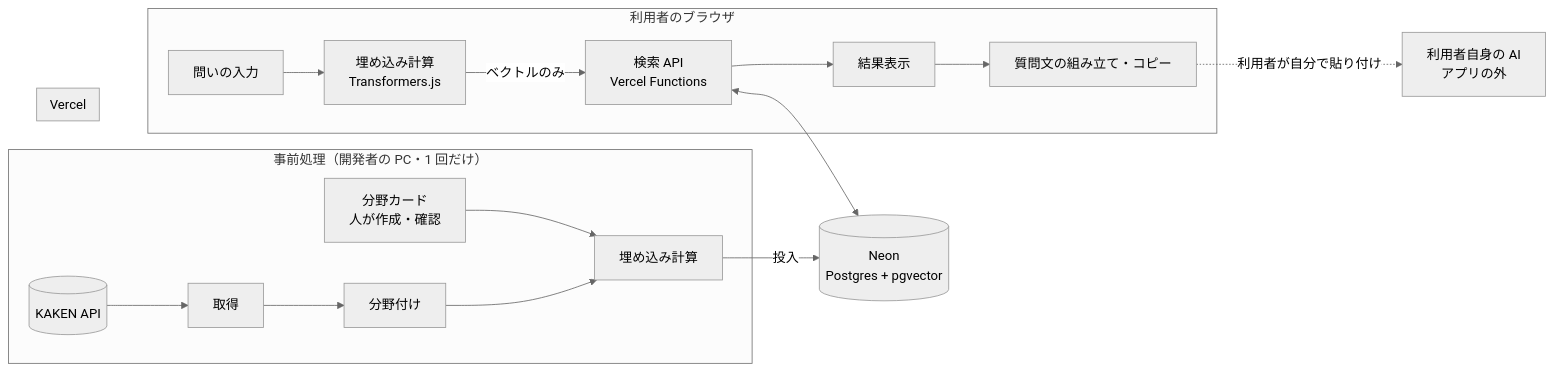
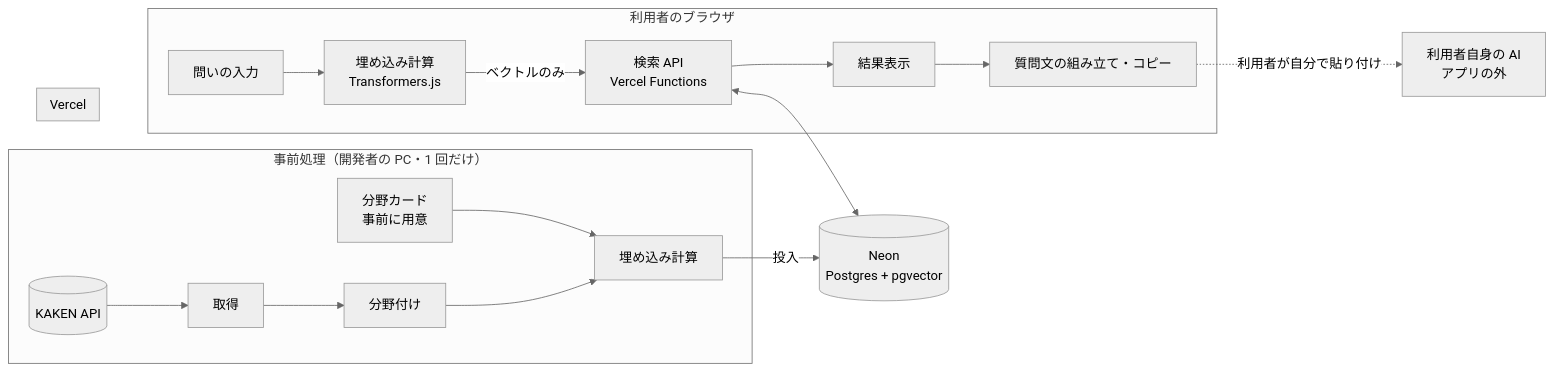
Before and after one commit to Haku929/TND_Hackathon_2026F_Team5: the first of 2 diagrams in docs/DESIGN.md, drawn with Mermaid (neutral theme). The commit also changed other lines of this file and 1 other file, not shown here.

````diff
--- a/docs/DESIGN.md
+++ b/docs/DESIGN.md
@@ -9,23 +9,23 @@
 ```mermaid
 flowchart LR
   subgraph prep["事前処理（開発者の PC・1 回だけ）"]
     kaken[(KAKEN API)] --> fetch[取得]
     fetch --> tag[分野付け]
-    cards[分野カード<br/>人が作成・確認] --> embedP[埋め込み計算]
+    cards[分野カード<br/>事前に用意] --> embedP[埋め込み計算]
     tag --> embedP
   end
   embedP -->|投入| db[(Neon<br/>Postgres + pgvector)]
 
   subgraph browser["利用者のブラウザ"]
     q[問いの入力] --> embedB[埋め込み計算<br/>Transformers.js]
     embedB -->|ベクトルのみ| api
     api --> view[結果表示]
     view --> prompt[質問文の組み立て・コピー]
   end
 
   subgraph vercel["Vercel"]
     api[検索 API<br/>Vercel Functions]
   end
   api <--> db
   prompt -.->|利用者が自分で貼り付け| ext[利用者自身の AI<br/>アプリの外]
 ```
````
